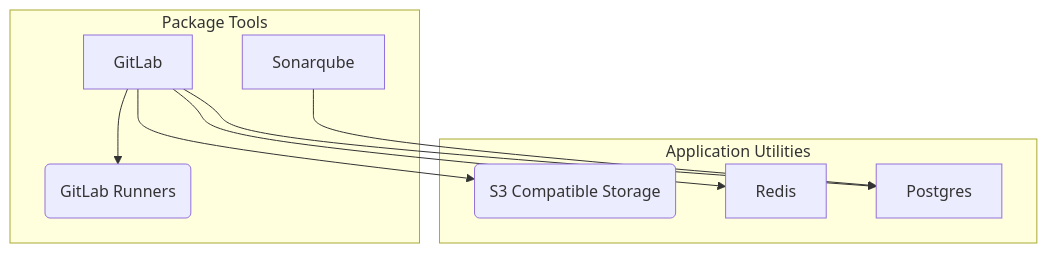
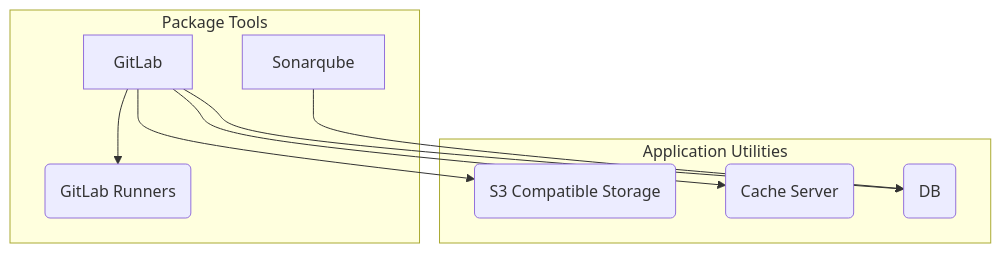
The fourth of 6 diagrams in charter/BigBangPackages.md (webage003/bigbangrke), drawn with Mermaid before and after one commit. The commit also changed other lines of this file, not shown here.

Commit message:
updated BB Packages / removed postgres-redis-mongodb-mysql

````diff
--- a/charter/BigBangPackages.md
+++ b/charter/BigBangPackages.md
@@ -287,18 +287,18 @@
 ```mermaid
 graph TB
 
   subgraph "Application Utilities"
-    Postgres
+    Postgres(DB)
     MinIO(S3 Compatible Storage)
-    Redis
+    Redis(Cache Server)
   end
 
 
   subgraph "Package Tools"
     GitLab --> GitLabRunners(GitLab Runners)
     GitLab --> MinIO
     GitLab --> Redis
     GitLab --> Postgres
     Sonarqube --> Postgres
   end
 ```
````
